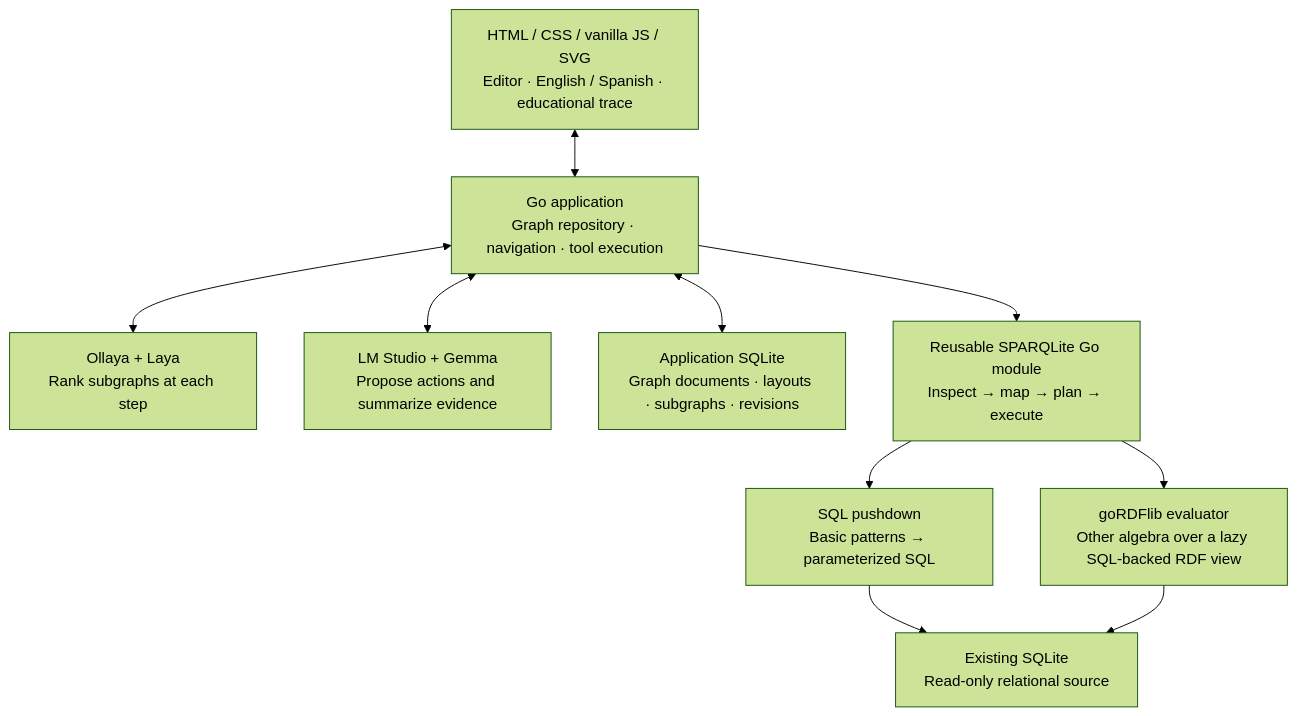
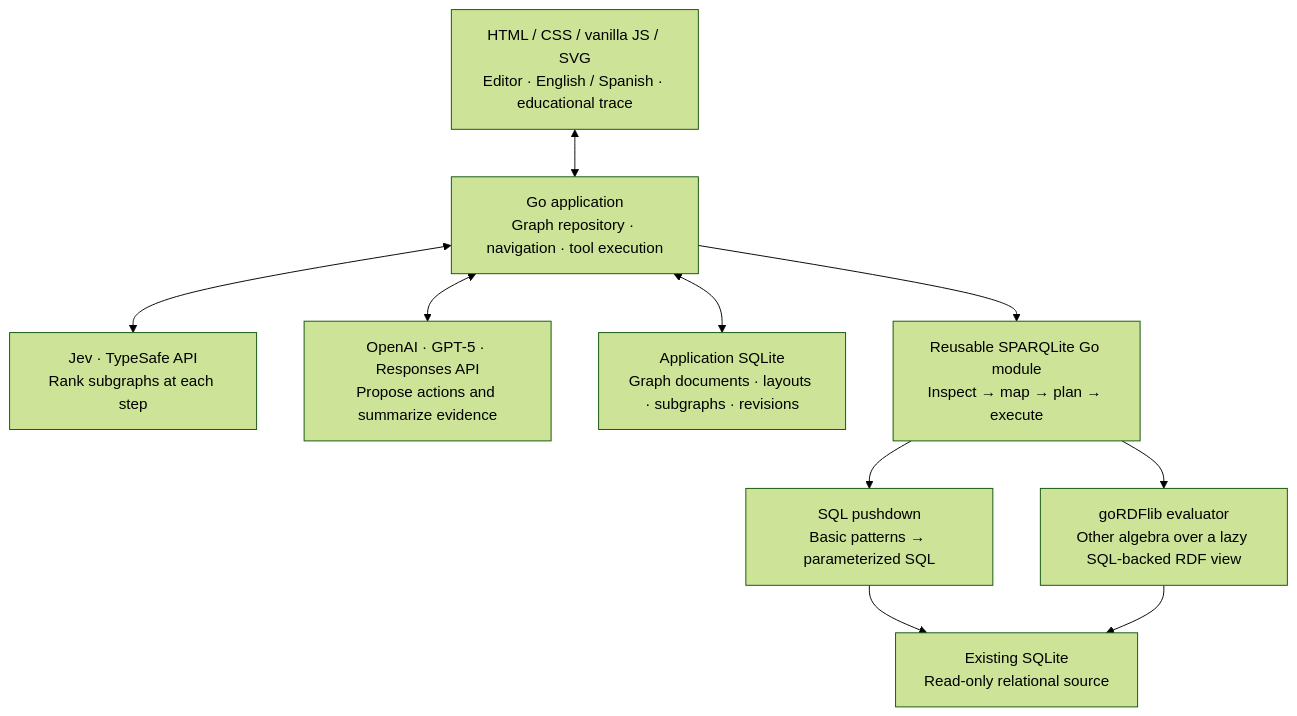
Before and after one commit to arturoeanton/go-r2-SPINACH: the diagram in README.md, drawn with Mermaid (forest theme). The commit also changed other lines of this file and 38 other files, not shown here.

````diff
--- a/README.md
+++ b/README.md
@@ -195,19 +208,19 @@
 ```mermaid
 flowchart TD
   Browser["HTML / CSS / vanilla JS / SVG\nEditor · English / Spanish · educational trace"]
   Lab["Go application\nGraph repository · navigation · tool execution"]
-  Laya["Ollaya + Laya\nRank subgraphs at each step"]
-  Gemma["LM Studio + Gemma\nPropose actions and summarize evidence"]
+  Jev["Jev · TypeSafe API\nRank subgraphs at each step"]
+  OpenAI["OpenAI · GPT-5 · Responses API\nPropose actions and summarize evidence"]
   Repo["Application SQLite\nGraph documents · layouts · subgraphs · revisions"]
   Gateway["Reusable SPARQLite Go module\nInspect → map → plan → execute"]
   Source["Existing SQLite\nRead-only relational source"]
   SQL["SQL pushdown\nBasic patterns → parameterized SQL"]
   Eval["goRDFlib evaluator\nOther algebra over a lazy SQL-backed RDF view"]
   Browser <--> Lab
-  Lab <--> Laya
-  Lab <--> Gemma
+  Lab <--> Jev
+  Lab <--> OpenAI
   Lab <--> Repo
   Lab --> Gateway
   Gateway --> SQL --> Source
   Gateway --> Eval --> Source
 ```
````
